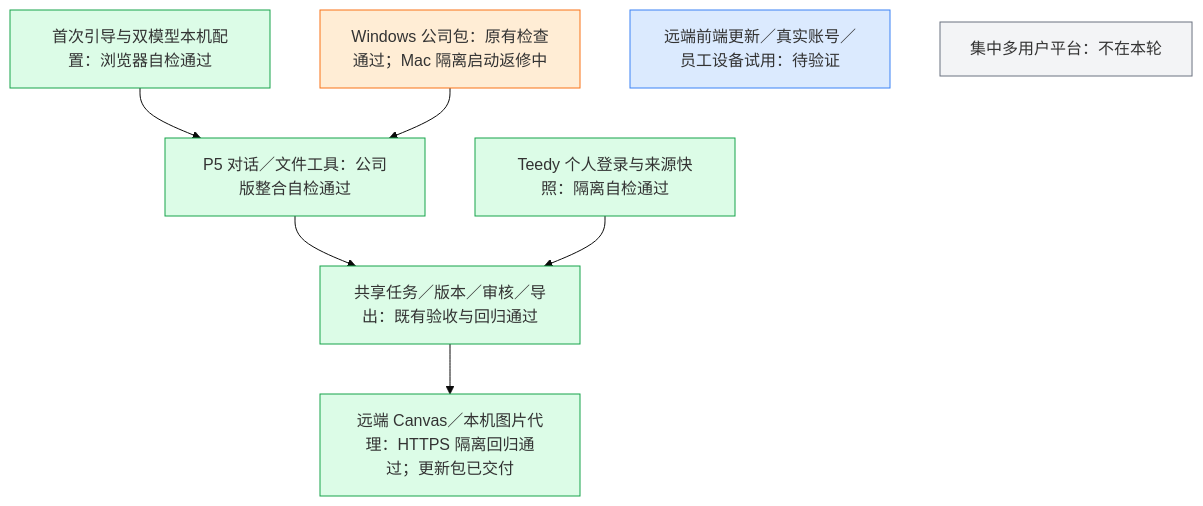
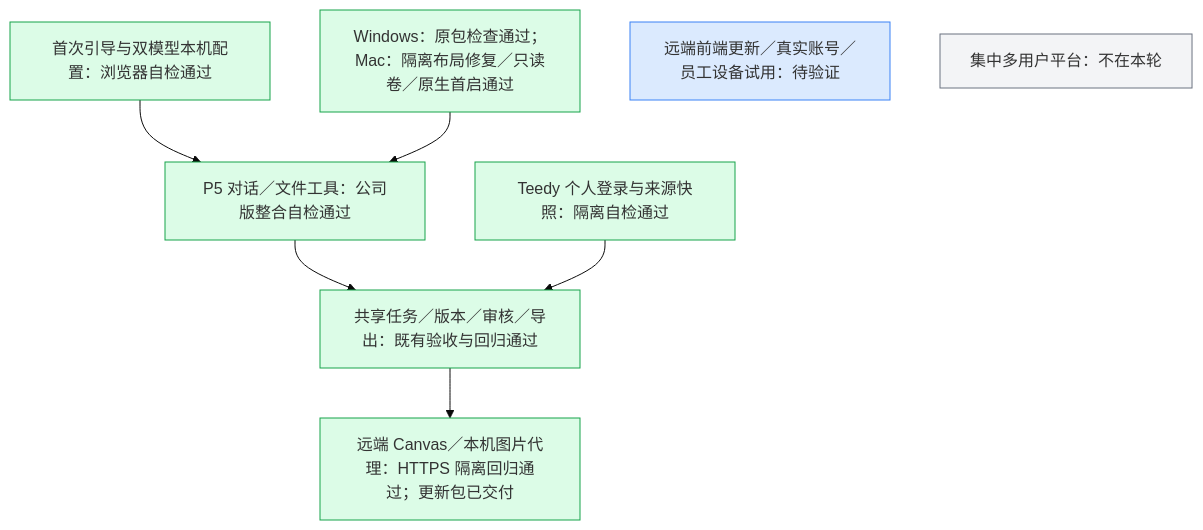
One commit to akechi0819-lgtm/creative-Agent-studio changed the first of 4 diagrams in docs/工程进度.md. Above: the diagram before and after it, drawn with Mermaid (base theme). The commit also changed other lines of this file and 6 other files, not shown here.

````diff
--- a/docs/工程进度.md
+++ b/docs/工程进度.md
@@ -11,18 +11,16 @@
 ```mermaid
 flowchart TB
   WEB["P5 对话／文件工具：公司版整合自检通过"] --> CORE["共享任务／版本／审核／导出：既有验收与回归通过"]
   LIB["Teedy 个人登录与来源快照：隔离自检通过"] --> CORE
   MODEL["首次引导与双模型本机配置：浏览器自检通过"] --> WEB
   CORE --> CANVAS["远端 Canvas／本机图片代理：HTTPS 隔离回归通过；更新包已交付"]
-  DIST["Windows 公司包：原有检查通过；Mac 隔离启动返修中"] --> WEB
+  DIST["Windows：原包检查通过；Mac：隔离布局修复／只读卷／原生首启通过"] --> WEB
   NEXT["远端前端更新／真实账号／员工设备试用：待验证"]
   FUTURE["集中多用户平台：不在本轮"]
   classDef done fill:#dcfce7,stroke:#16a34a;
   classDef next fill:#dbeafe,stroke:#3b82f6;
   classDef later fill:#f3f4f6,stroke:#6b7280;
-  class CORE,WEB,LIB,MODEL,CANVAS done;
-  classDef current fill:#ffedd5,stroke:#f97316;
-  class DIST current;
+  class CORE,WEB,LIB,MODEL,CANVAS,DIST done;
   class NEXT next;
   class FUTURE later;
 ```
````
